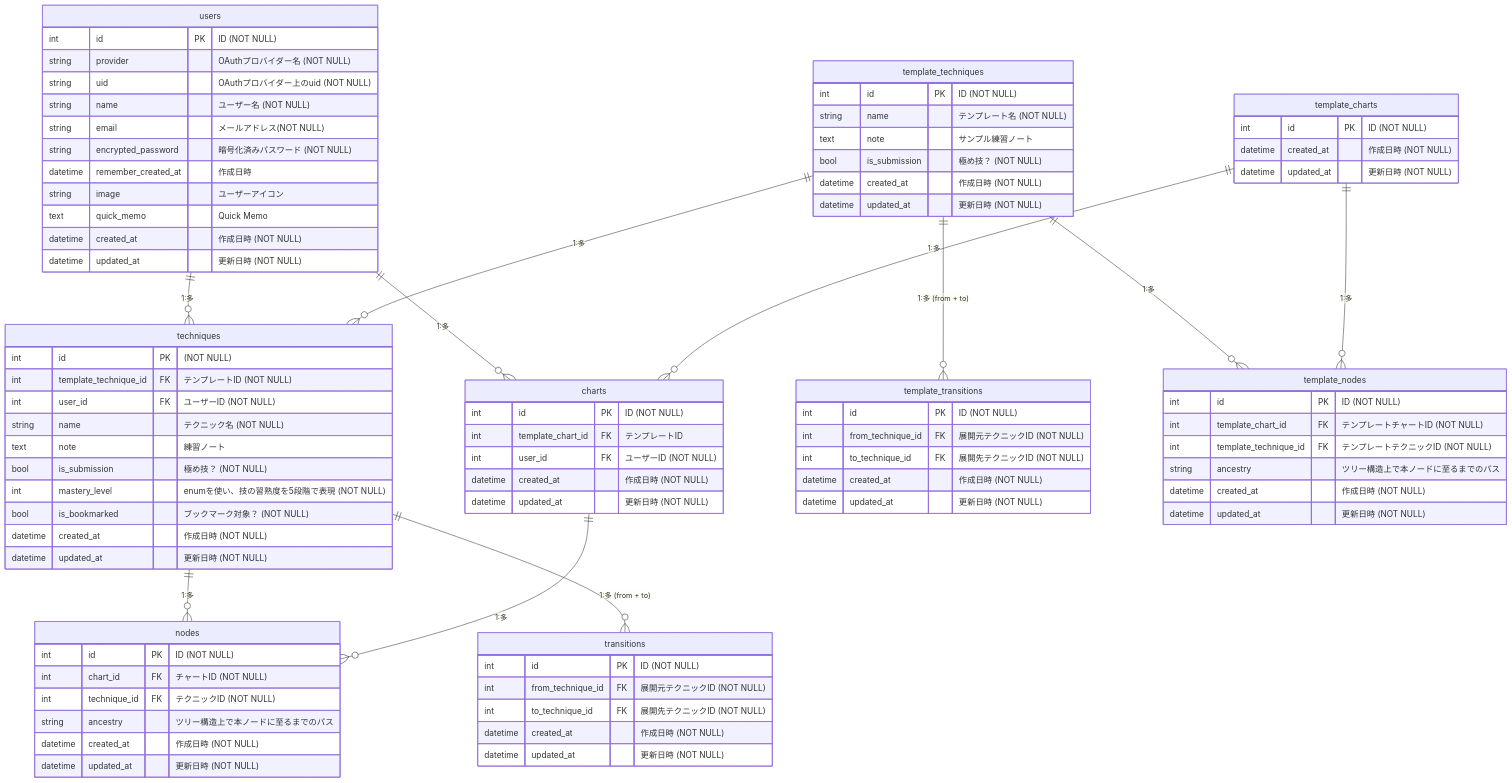
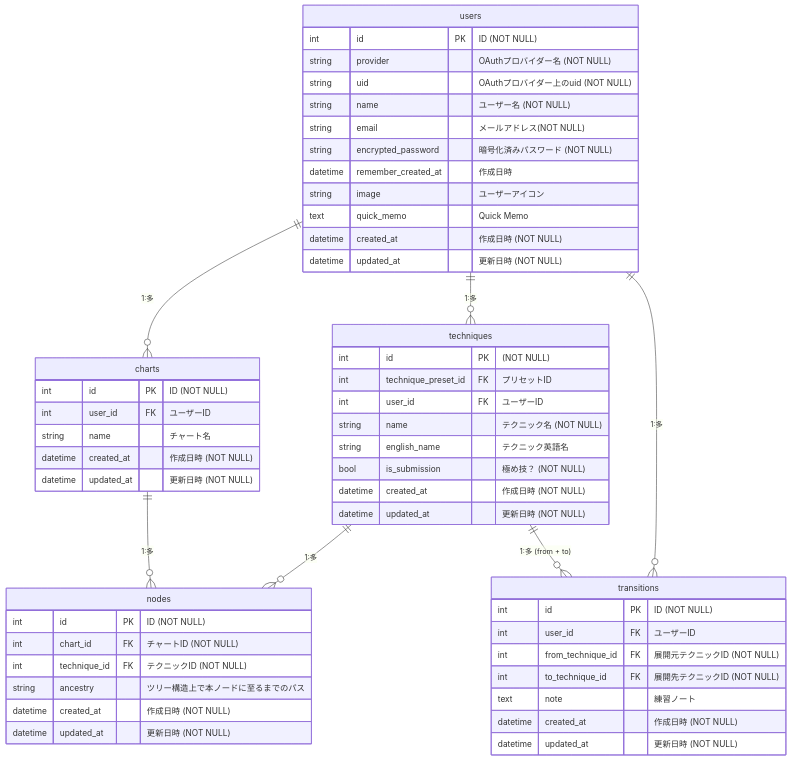
Before and after one commit to m-deura/bjj_flow_tracker: the diagram in README.md, drawn with Mermaid. The commit also changed other lines of this file, not shown here.

Commit message:
update: READMEのER図を更新

````diff
--- a/README.md
+++ b/README.md
@@ -108,29 +110,29 @@
 
   techniques {
     int id PK "(NOT NULL)"
-    int template_technique_id FK "テンプレートID (NOT NULL)"
-    int user_id FK "ユーザーID (NOT NULL)"
+    int technique_preset_id FK "プリセットID"
+    int user_id FK "ユーザーID"
     string name "テクニック名 (NOT NULL)"
-    text note "練習ノート"
+    string english_name "テクニック英語名"
     bool is_submission "極め技？ (NOT NULL)"
-    int mastery_level "enumを使い、技の習熟度を5段階で表現 (NOT NULL)"
-    bool is_bookmarked "ブックマーク対象？ (NOT NULL)"
     datetime created_at "作成日時 (NOT NULL)"
     datetime updated_at "更新日時 (NOT NULL)"
   }
 
   transitions {
     int id PK "ID (NOT NULL)"
+    int user_id FK "ユーザーID"
     int from_technique_id FK "展開元テクニックID (NOT NULL)"
     int to_technique_id FK "展開先テクニックID (NOT NULL)"
+    text note "練習ノート"
     datetime created_at "作成日時 (NOT NULL)"
     datetime updated_at "更新日時 (NOT NULL)"
   }
 
   charts {
     int id PK "ID (NOT NULL)"
-    int template_chart_id FK "テンプレートID"
-    int user_id FK "ユーザーID (NOT NULL)"
+    int user_id FK "ユーザーID"
+    string name "チャート名"
     datetime created_at "作成日時 (NOT NULL)"
     datetime updated_at "更新日時 (NOT NULL)"
   }
@@ -144,52 +146,12 @@
     datetime updated_at "更新日時 (NOT NULL)"
   }
 
-
-  template_techniques {
-    int id PK "ID (NOT NULL)"
-    string name "テンプレート名 (NOT NULL)"
-    text note "サンプル練習ノート"
-    bool is_submission "極め技？ (NOT NULL)"
-    datetime created_at "作成日時 (NOT NULL)"
-    datetime updated_at "更新日時 (NOT NULL)"
-  }
-
-  template_transitions {
-    int id PK "ID (NOT NULL)"
-    int from_technique_id FK "展開元テクニックID (NOT NULL)"
-    int to_technique_id FK "展開先テクニックID (NOT NULL)"
-    datetime created_at "作成日時 (NOT NULL)"
-    datetime updated_at "更新日時 (NOT NULL)"
-  }
-
-  template_charts {
-    int id PK "ID (NOT NULL)"
-    datetime created_at "作成日時 (NOT NULL)"
-    datetime updated_at "更新日時 (NOT NULL)"
-  }
-
-  template_nodes {
-    int id PK "ID (NOT NULL)"
-    int template_chart_id FK "テンプレートチャートID (NOT NULL)"
-    int template_technique_id FK "テンプレートテクニックID (NOT NULL)"
-    string ancestry "ツリー構造上で本ノードに至るまでのパス"
-    datetime created_at "作成日時 (NOT NULL)"
-    datetime updated_at "更新日時 (NOT NULL)"
-  }
-
   users ||--o{ techniques : "1:多"
   users ||--o{ charts : "1:多"
+  users ||--o{ transitions : "1:多"
 
   techniques ||--o{ nodes : "1:多"
   techniques ||--o{ transitions : "1:多 (from + to)"
 
   charts ||--o{ nodes : "1:多"
-  
-  template_techniques ||--o{ techniques     : "1:多"
-  template_techniques ||--o{ template_nodes : "1:多"
-  template_techniques ||--o{ template_transitions : "1:多 (from + to)"
-
-  template_charts ||--o{ charts : "1:多"
-  template_charts ||--o{ template_nodes : "1:多"
-
 ```
````
